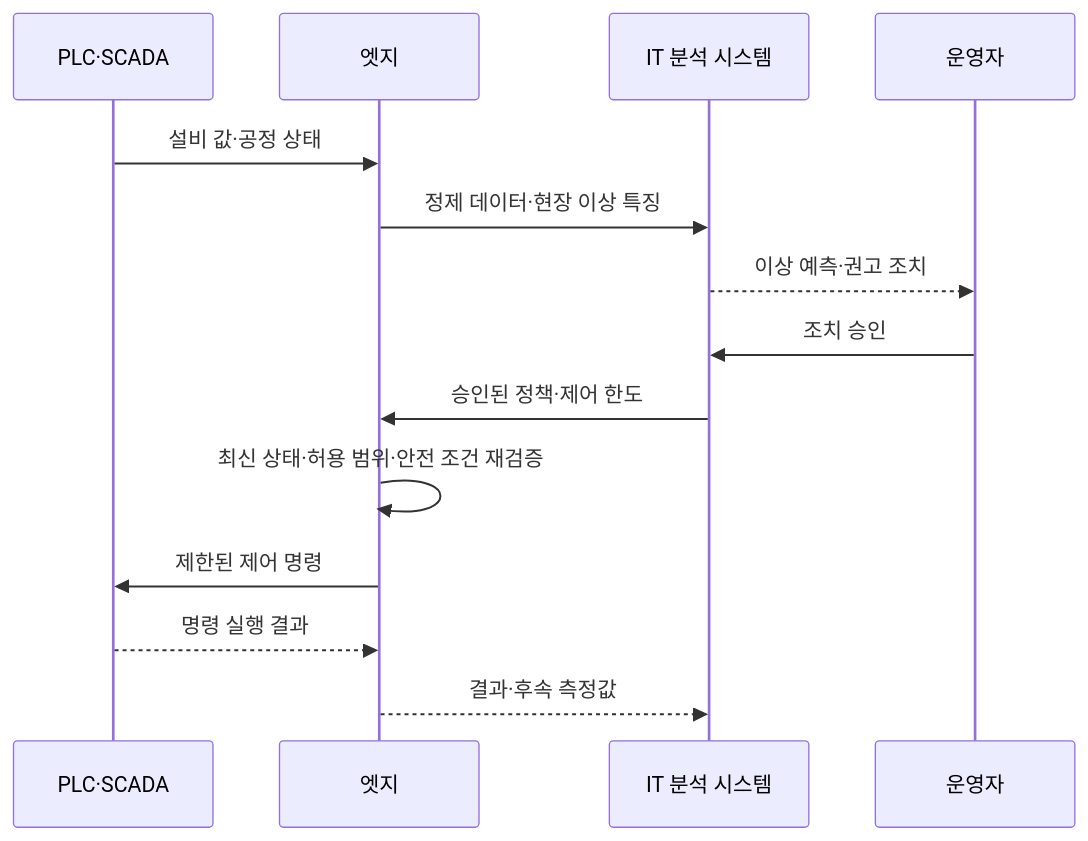
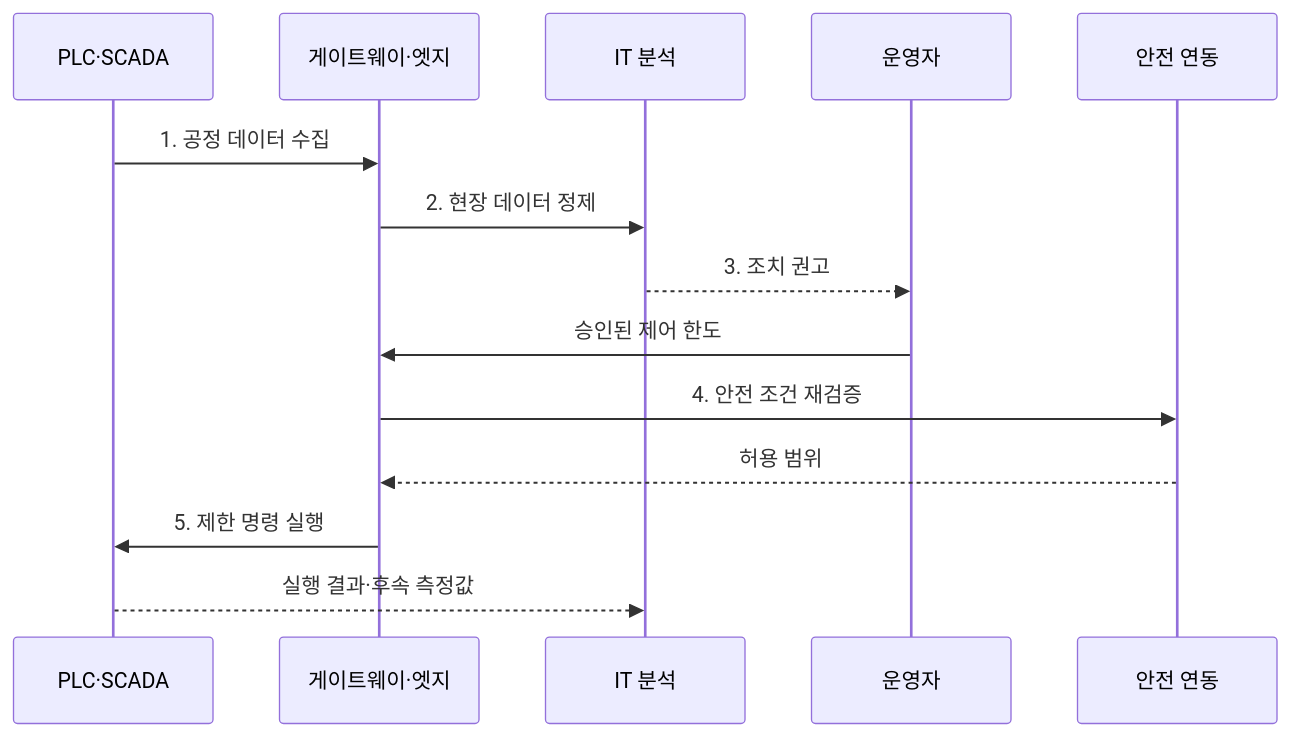
The second of 2 diagrams in src/content/docs/notes/04-network/080_industrial_iot.md (agnusdei1207/knowledge-base), drawn with Mermaid before and after one commit. The commit also changed other lines of this file and 11 other files, not shown here.

````diff
--- a/src/content/docs/notes/04-network/080_industrial_iot.md
+++ b/src/content/docs/notes/04-network/080_industrial_iot.md
@@ -91,16 +81,16 @@
 ```mermaid
 sequenceDiagram
     participant P as PLC·SCADA
-    participant E as 엣지
-    participant A as IT 분석 시스템
+    participant E as 게이트웨이·엣지
+    participant A as IT 분석
     participant O as 운영자
-    P->>E: 설비 값·공정 상태
-    E->>A: 정제 데이터·현장 이상 특징
-    A-->>O: 이상 예측·권고 조치
-    O->>A: 조치 승인
-    A->>E: 승인된 정책·제어 한도
-    E->>E: 최신 상태·허용 범위·안전 조건 재검증
-    E->>P: 제한된 제어 명령
-    P-->>E: 명령 실행 결과
-    E-->>A: 결과·후속 측정값
+    participant S as 안전 연동
+    P->>E: 1. 공정 데이터 수집
+    E->>A: 2. 현장 데이터 정제
+    A-->>O: 3. 조치 권고
+    O->>E: 승인된 제어 한도
+    E->>S: 4. 안전 조건 재검증
+    S-->>E: 허용 범위
+    E->>P: 5. 제한 명령 실행
+    P-->>A: 실행 결과·후속 측정값
 ```
````
